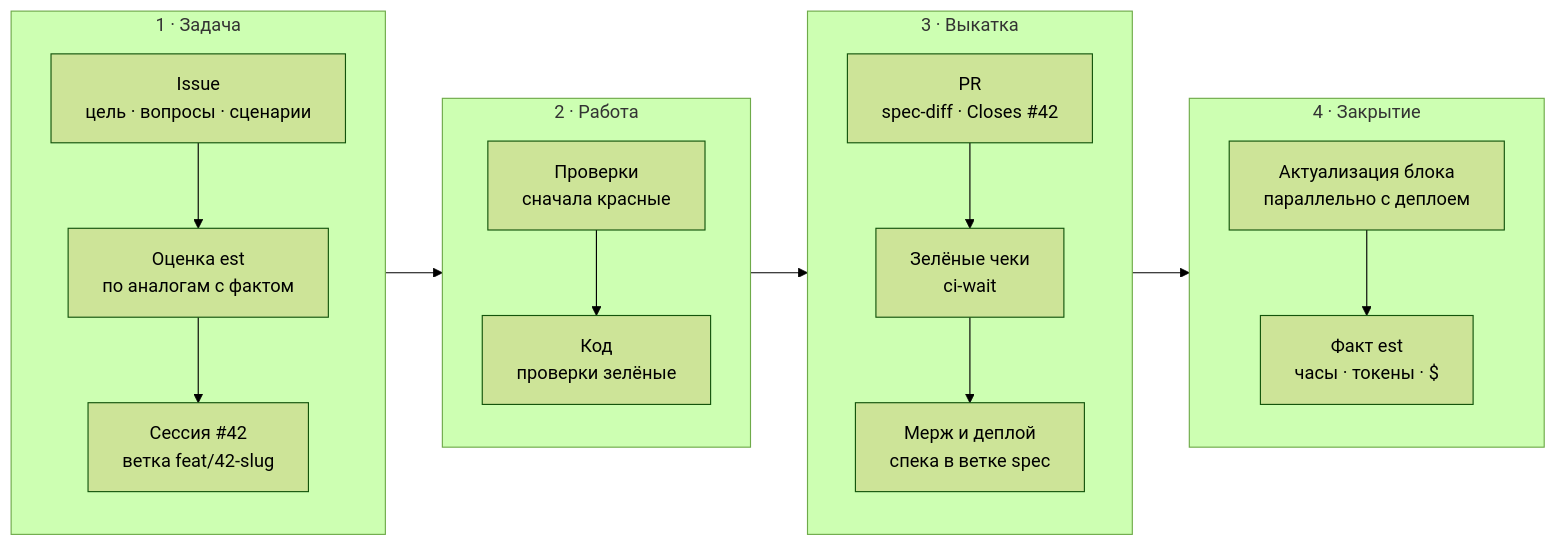
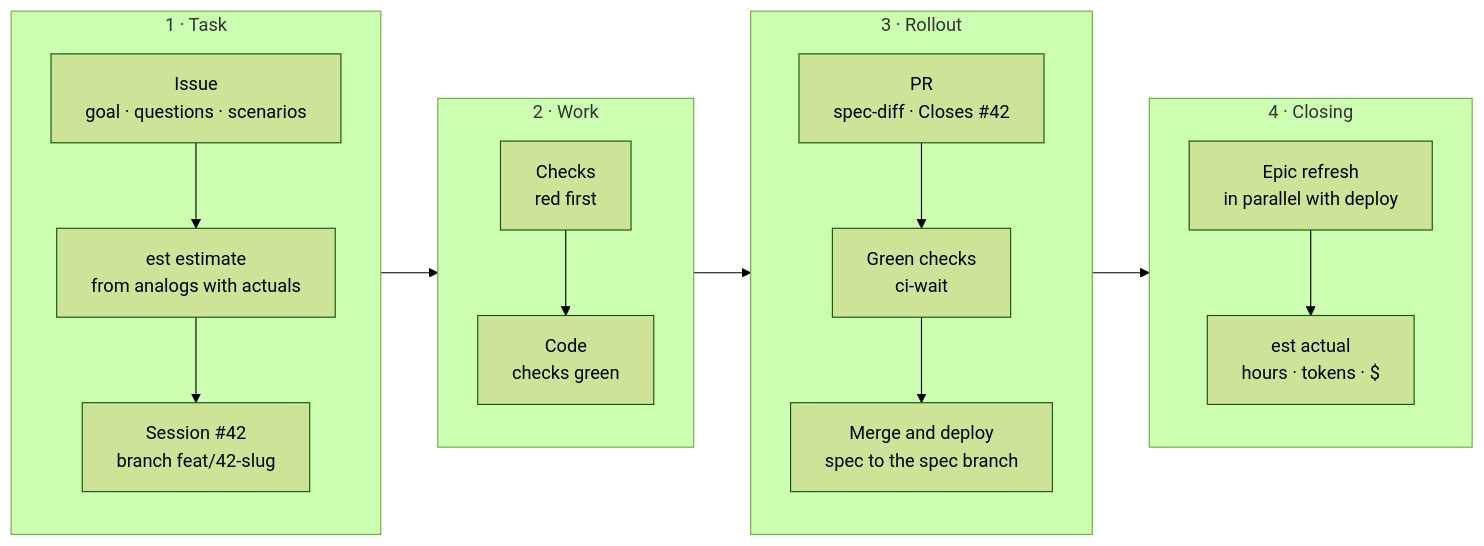
The diagram in README.md (miroshnik/ai-dev), drawn with Mermaid (forest theme) before and after one commit. The commit also changed other lines of this file and 1 other file, not shown here.

````diff
--- a/README.md
+++ b/README.md
@@ -30,20 +30,20 @@
 ```mermaid
 flowchart LR
-  subgraph task ["1 · Задача"]
+  subgraph task ["1 · Task"]
     direction TB
-    I["Issue<br>цель · вопросы · сценарии"] --> E["Оценка est<br>по аналогам с фактом"] --> S["Сессия #42<br>ветка feat/42-slug"]
+    I["Issue<br>goal · questions · scenarios"] --> E["est estimate<br>from analogs with actuals"] --> S["Session #42<br>branch feat/42-slug"]
   end
-  subgraph work ["2 · Работа"]
+  subgraph work ["2 · Work"]
     direction TB
-    T["Проверки<br>сначала красные"] --> C["Код<br>проверки зелёные"]
+    T["Checks<br>red first"] --> C["Code<br>checks green"]
   end
-  subgraph ship ["3 · Выкатка"]
+  subgraph ship ["3 · Rollout"]
     direction TB
-    P["PR<br>spec-diff · Closes #42"] --> G["Зелёные чеки<br>ci-wait"] --> M["Мерж и деплой<br>спека в ветке spec"]
+    P["PR<br>spec-diff · Closes #42"] --> G["Green checks<br>ci-wait"] --> M["Merge and deploy<br>spec to the spec branch"]
   end
-  subgraph done ["4 · Закрытие"]
+  subgraph done ["4 · Closing"]
     direction TB
-    U["Актуализация блока<br>параллельно с деплоем"] --> F["Факт est<br>часы · токены · $"]
+    U["Epic refresh<br>in parallel with deploy"] --> F["est actual<br>hours · tokens · $"]
   end
   task --> work --> ship --> done
 ```
````
